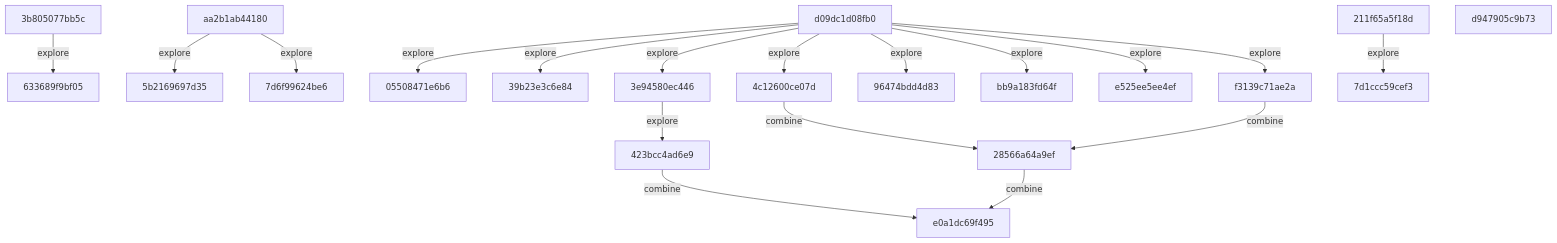
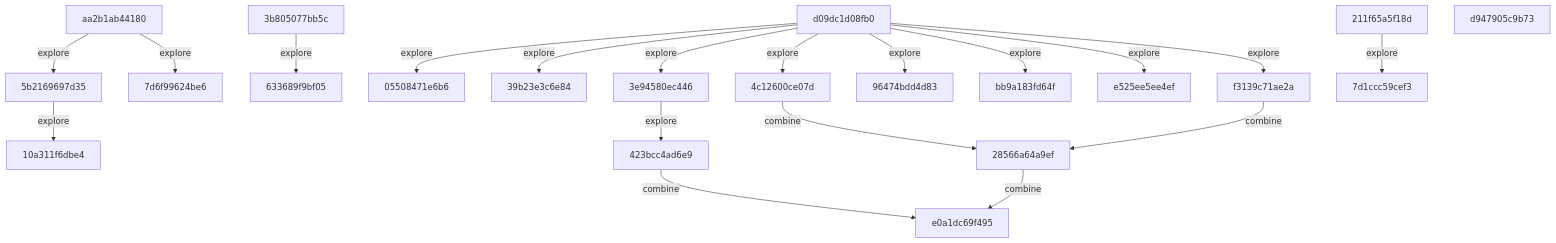
The diagram in README.md (timbtz/feyer-search-lab), drawn with Mermaid before and after one commit. The commit also changed other lines of this file and 1 other file, not shown here.

Commit message:
research: timbtz

````diff
--- a/README.md
+++ b/README.md
@@ -23,40 +23,42 @@
 ```mermaid
 graph TD
   c0["05508471e6b6"]
-  c1["211f65a5f18d"]
-  c2["28566a64a9ef"]
-  c3["39b23e3c6e84"]
-  c4["3b805077bb5c"]
-  c5["3e94580ec446"]
-  c6["423bcc4ad6e9"]
-  c7["4c12600ce07d"]
-  c8["5b2169697d35"]
-  c9["633689f9bf05"]
-  c10["7d1ccc59cef3"]
-  c11["7d6f99624be6"]
-  c12["96474bdd4d83"]
-  c13["aa2b1ab44180"]
-  c14["bb9a183fd64f"]
-  c15["d09dc1d08fb0"]
-  c16["d947905c9b73"]
-  c17["e0a1dc69f495"]
-  c18["e525ee5ee4ef"]
-  c19["f3139c71ae2a"]
-  c1 -->|explore| c10
-  c2 -->|combine| c17
-  c4 -->|explore| c9
-  c5 -->|explore| c6
-  c6 -->|combine| c17
-  c7 -->|combine| c2
-  c13 -->|explore| c8
-  c13 -->|explore| c11
-  c15 -->|explore| c0
-  c15 -->|explore| c3
-  c15 -->|explore| c5
-  c15 -->|explore| c7
-  c15 -->|explore| c12
-  c15 -->|explore| c14
-  c15 -->|explore| c18
-  c15 -->|explore| c19
-  c19 -->|combine| c2
+  c1["10a311f6dbe4"]
+  c2["211f65a5f18d"]
+  c3["28566a64a9ef"]
+  c4["39b23e3c6e84"]
+  c5["3b805077bb5c"]
+  c6["3e94580ec446"]
+  c7["423bcc4ad6e9"]
+  c8["4c12600ce07d"]
+  c9["5b2169697d35"]
+  c10["633689f9bf05"]
+  c11["7d1ccc59cef3"]
+  c12["7d6f99624be6"]
+  c13["96474bdd4d83"]
+  c14["aa2b1ab44180"]
+  c15["bb9a183fd64f"]
+  c16["d09dc1d08fb0"]
+  c17["d947905c9b73"]
+  c18["e0a1dc69f495"]
+  c19["e525ee5ee4ef"]
+  c20["f3139c71ae2a"]
+  c2 -->|explore| c11
+  c3 -->|combine| c18
+  c5 -->|explore| c10
+  c6 -->|explore| c7
+  c7 -->|combine| c18
+  c8 -->|combine| c3
+  c9 -->|explore| c1
+  c14 -->|explore| c9
+  c14 -->|explore| c12
+  c16 -->|explore| c0
+  c16 -->|explore| c4
+  c16 -->|explore| c6
+  c16 -->|explore| c8
+  c16 -->|explore| c13
+  c16 -->|explore| c15
+  c16 -->|explore| c19
+  c16 -->|explore| c20
+  c20 -->|combine| c3
 ```
````
